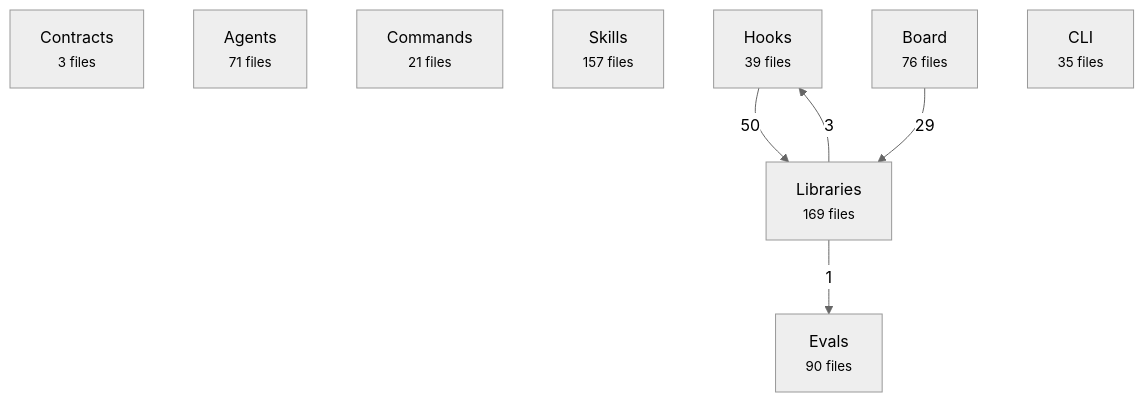
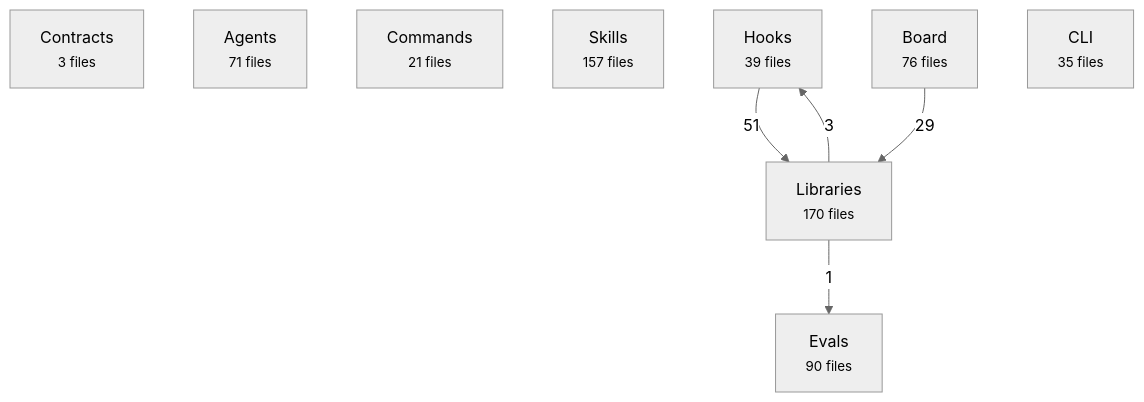
One commit to avelikiy/great_cto changed the first of 2 diagrams in docs/reference/architecture-map.md. Above: the diagram before and after it, drawn with Mermaid (neutral theme). The commit also changed other lines of this file and 9 other files, not shown here.

````diff
--- a/docs/reference/architecture-map.md
+++ b/docs/reference/architecture-map.md
@@ -20,16 +20,16 @@
 ```mermaid
 flowchart TD
   contracts["Contracts<br/><small>3 files</small>"]
   agents["Agents<br/><small>71 files</small>"]
   commands["Commands<br/><small>21 files</small>"]
   skills["Skills<br/><small>157 files</small>"]
   hooks["Hooks<br/><small>39 files</small>"]
-  libs["Libraries<br/><small>169 files</small>"]
+  libs["Libraries<br/><small>170 files</small>"]
   board["Board<br/><small>76 files</small>"]
   cli["CLI<br/><small>35 files</small>"]
   evals["Evals<br/><small>90 files</small>"]
-  hooks -->|50| libs
+  hooks -->|51| libs
   board -->|29| libs
   libs -->|3| hooks
   libs -->|1| evals
 ```
````
